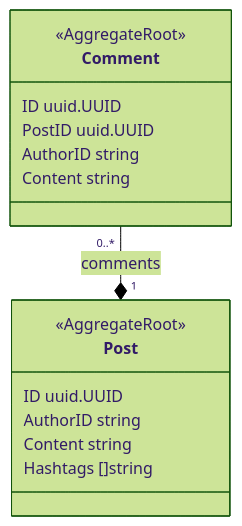
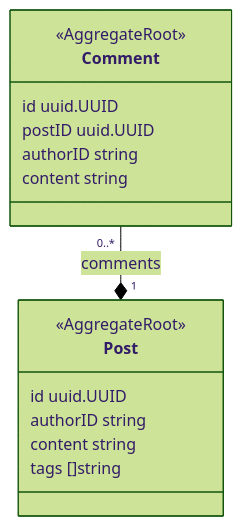
The third of 3 diagrams in docs/src/references/class-diagram.md (egolia-uit/egolia), drawn with Mermaid (forest theme) before and after one commit. The commit also changed other lines of this file, not shown here.

````diff
--- a/docs/src/references/class-diagram.md
+++ b/docs/src/references/class-diagram.md
@@ -195,28 +195,28 @@
 ```mermaid
 classDiagram
     class Post {
         <<AggregateRoot>>
-        ID uuid.UUID
-        AuthorID string
-        Content string
-        Hashtags []string
+        id uuid.UUID
+        authorID string
+        content string
+        tags []string
     }
 
     class Comment {
         <<AggregateRoot>>
-        ID uuid.UUID
-        PostID uuid.UUID
-        AuthorID string
-        Content string
+        id uuid.UUID
+        postID uuid.UUID
+        authorID string
+        content string
     }
 
     Comment "0..*" --* "1" Post : comments
 
     %% class App {
     %%     <<ApplicationHandlers>>
     %%     SearchPosts(ctx context.Context, query string) []PostDTO
     %%     CreatePost(ctx context.Context, req CreatePostReq) string
     %%     CommentOnPost(ctx context.Context, postId string, content string)
     %%     ReplyPostComment(ctx context.Context, commentId string, content string)
     %% }
 ```
````
